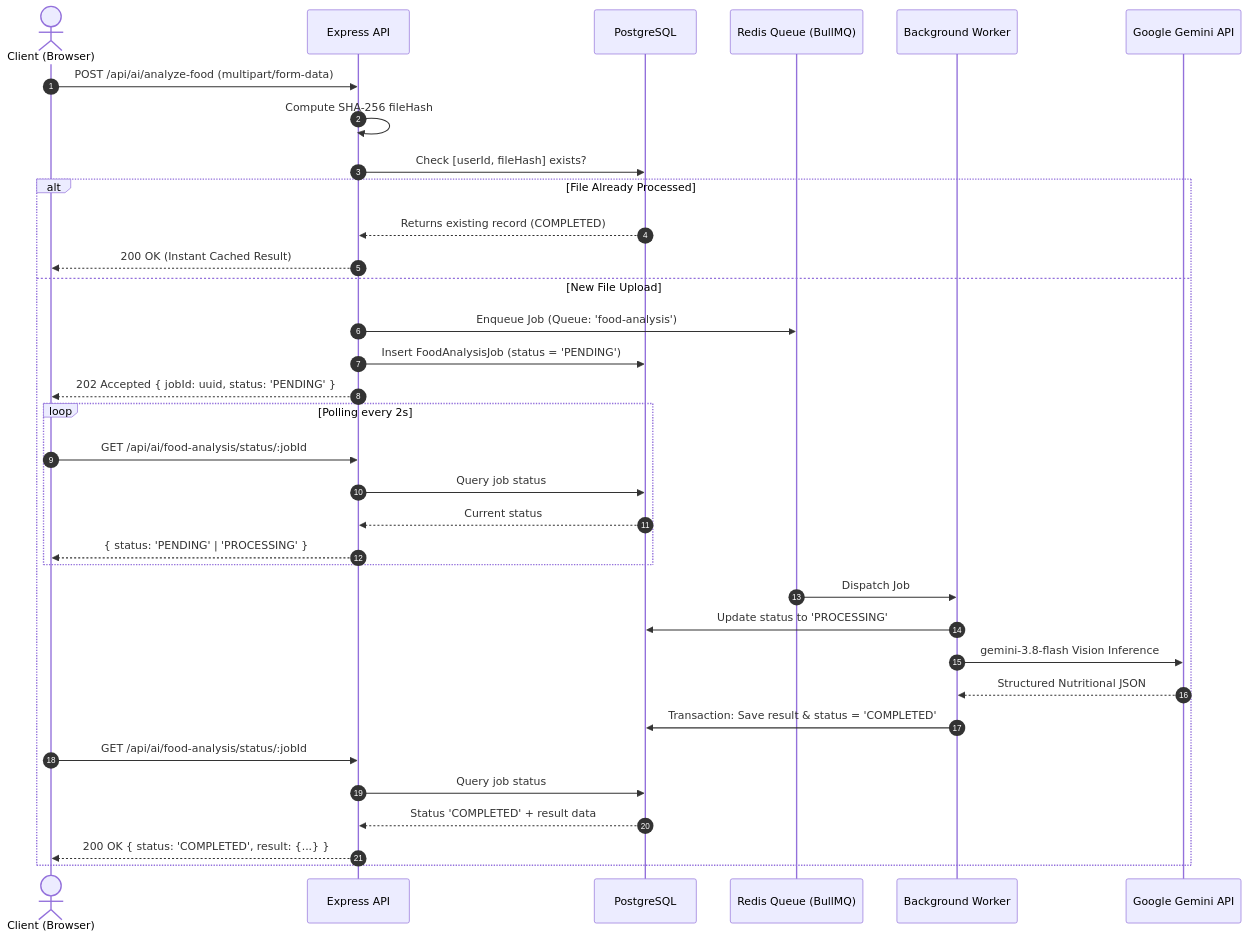
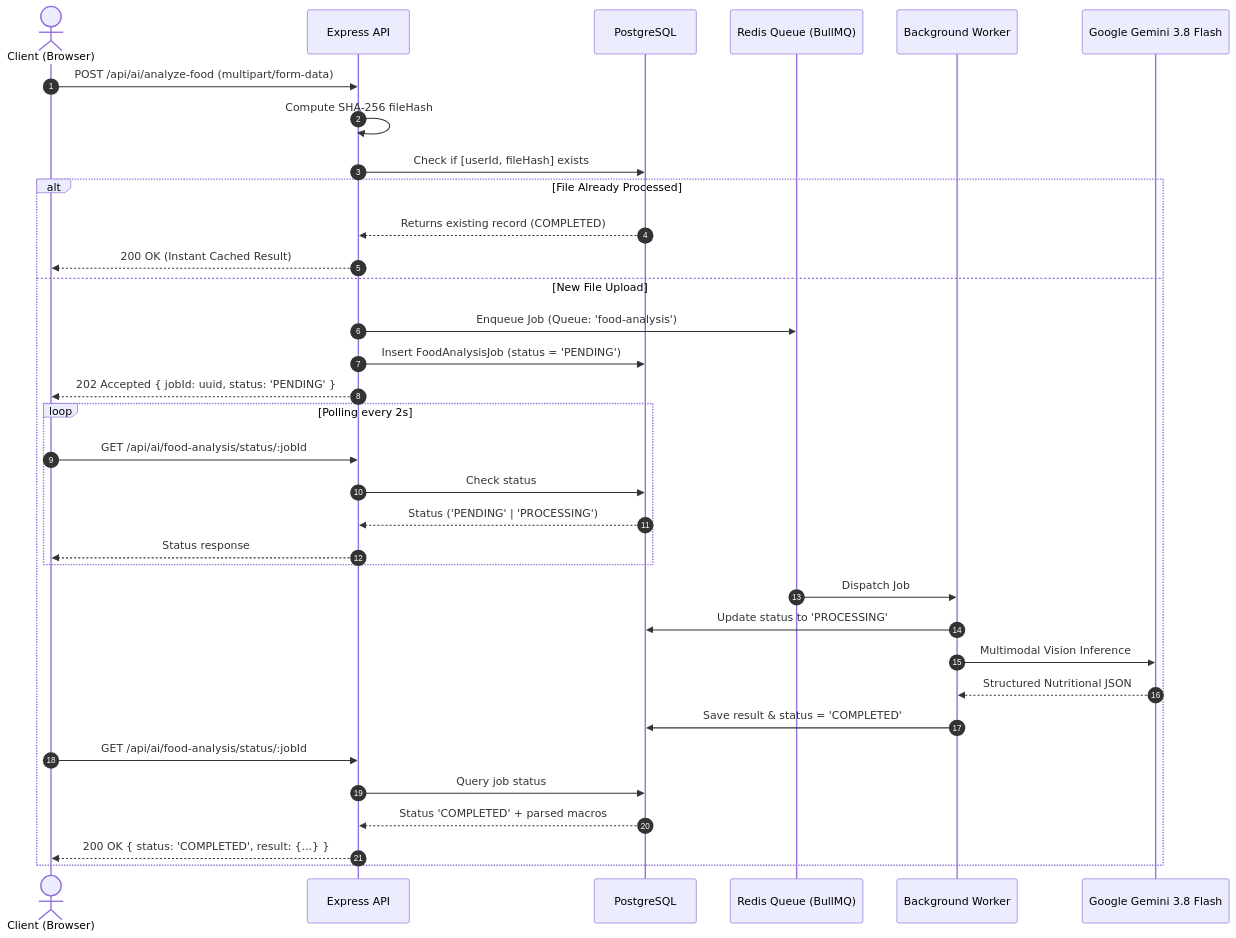
Before and after one commit to sauraviiitk/-calorie-tracker-: the third of 5 diagrams in README.md, drawn with Mermaid. The commit also changed other lines of this file, not shown here.

````diff
--- a/README.md
+++ b/README.md
@@ -247,40 +218,40 @@
 ```mermaid
 sequenceDiagram
     autonumber
     actor User as Client (Browser)
     participant API as Express API
     participant DB as PostgreSQL
     participant Redis as Redis Queue (BullMQ)
     participant Worker as Background Worker
-    participant Gemini as Google Gemini API
+    participant Gemini as Google Gemini 3.8 Flash
 
     User->>API: POST /api/ai/analyze-food (multipart/form-data)
     API->>API: Compute SHA-256 fileHash
-    API->>DB: Check [userId, fileHash] exists?
+    API->>DB: Check if [userId, fileHash] exists
     alt File Already Processed
         DB-->>API: Returns existing record (COMPLETED)
         API-->>User: 200 OK (Instant Cached Result)
     else New File Upload
         API->>Redis: Enqueue Job (Queue: 'food-analysis')
         API->>DB: Insert FoodAnalysisJob (status = 'PENDING')
         API-->>User: 202 Accepted { jobId: uuid, status: 'PENDING' }
         
         loop Polling every 2s
             User->>API: GET /api/ai/food-analysis/status/:jobId
-            API->>DB: Query job status
-            DB-->>API: Current status
-            API-->>User: { status: 'PENDING' | 'PROCESSING' }
+            API->>DB: Check status
+            DB-->>API: Status ('PENDING' | 'PROCESSING')
+            API-->>User: Status response
         end
 
         Redis->>Worker: Dispatch Job
         Worker->>DB: Update status to 'PROCESSING'
-        Worker->>Gemini: gemini-3.8-flash Vision Inference
+        Worker->>Gemini: Multimodal Vision Inference
         Gemini-->>Worker: Structured Nutritional JSON
-        Worker->>DB: Transaction: Save result & status = 'COMPLETED'
+        Worker->>DB: Save result & status = 'COMPLETED'
         
         User->>API: GET /api/ai/food-analysis/status/:jobId
         API->>DB: Query job status
-        DB-->>API: Status 'COMPLETED' + result data
+        DB-->>API: Status 'COMPLETED' + parsed macros
         API-->>User: 200 OK { status: 'COMPLETED', result: {...} }
     end
 ```
````
